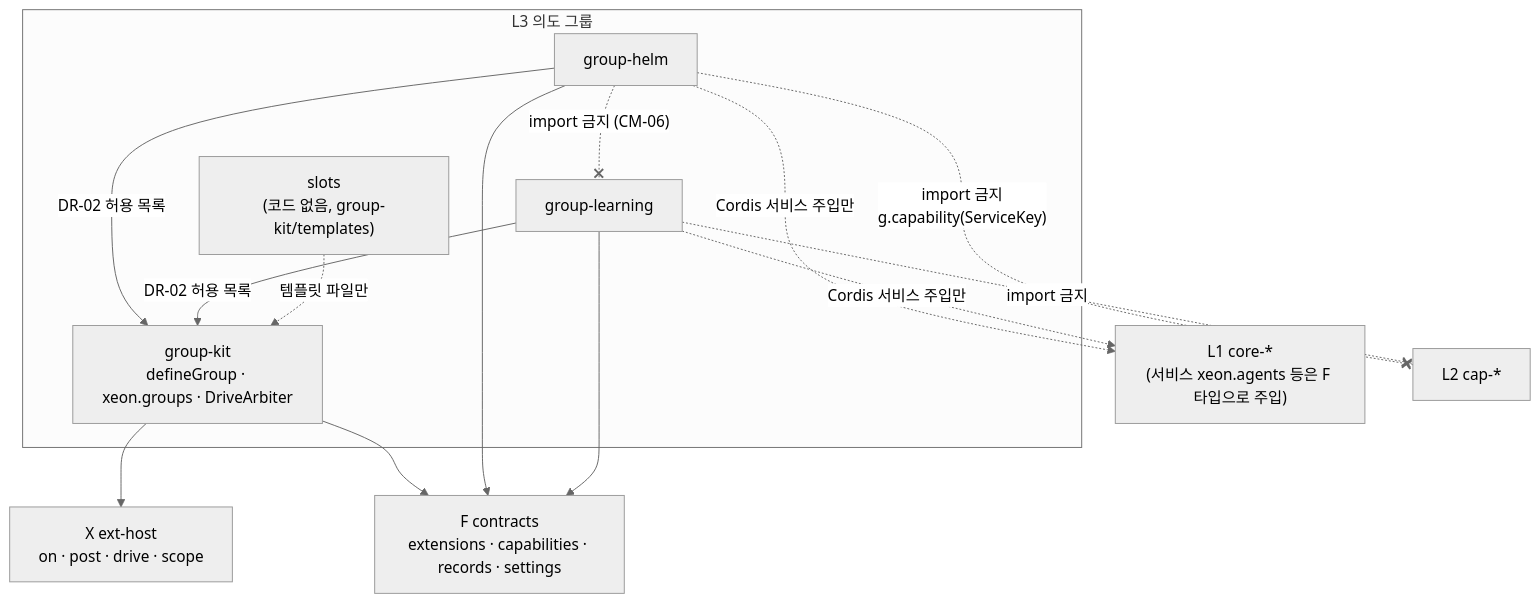
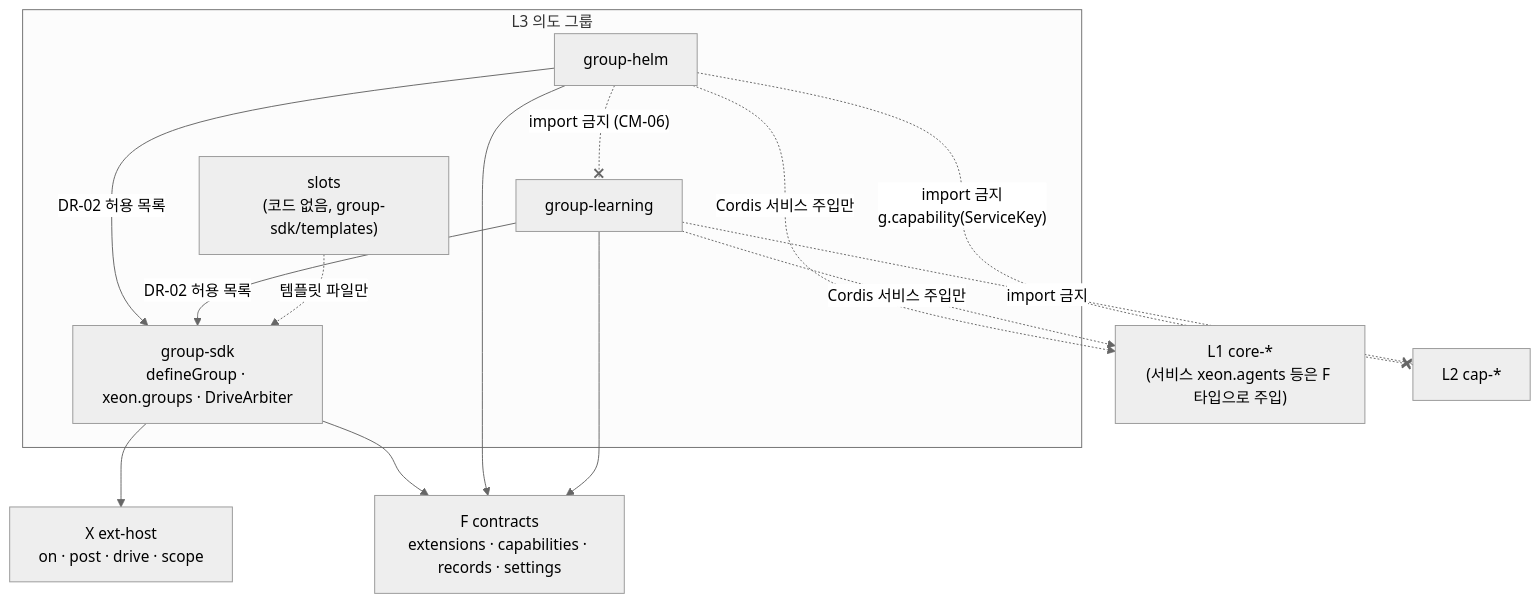
The first of 2 diagrams in docs/xeon/L3/README.md (Rengod95/Helm-Agent_Docs_OS), drawn with Mermaid (neutral theme) before and after one commit. The commit also changed other lines of this file and 328 other files, not shown here.

````diff
--- a/docs/xeon/L3/README.md
+++ b/docs/xeon/L3/README.md
@@ -57,26 +57,26 @@
 ```mermaid
 flowchart TD
   subgraph L3["L3 의도 그룹"]
-    kit["group-kit<br/>defineGroup · xeon.groups · DriveArbiter"]
+    kit["group-sdk<br/>defineGroup · xeon.groups · DriveArbiter"]
     helm["group-helm"]
     learn["group-learning"]
-    slots["slots<br/>(코드 없음, group-kit/templates)"]
+    slots["slots<br/>(코드 없음, group-sdk/templates)"]
   end
   F["F contracts<br/>extensions · capabilities · records · settings"]
   X["X ext-host<br/>on · post · drive · scope"]
   L1["L1 core-*<br/>(서비스 xeon.agents 등은 F 타입으로 주입)"]
   CAP["L2 cap-*"]
 
   helm -->|"DR-02 허용 목록"| kit
   learn -->|"DR-02 허용 목록"| kit
   slots -.->|"템플릿 파일만"| kit
   kit --> X
   kit --> F
   helm --> F
   learn --> F
   helm -.->|"Cordis 서비스 주입만"| L1
   learn -.->|"Cordis 서비스 주입만"| L1
   helm -. "import 금지<br/>g.capability(ServiceKey)" .-x CAP
   learn -. "import 금지" .-x CAP
   helm -. "import 금지 (CM-06)" .-x learn
 ```
````
